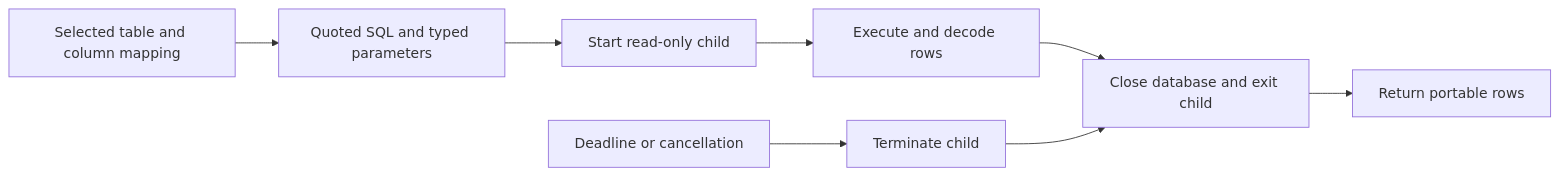
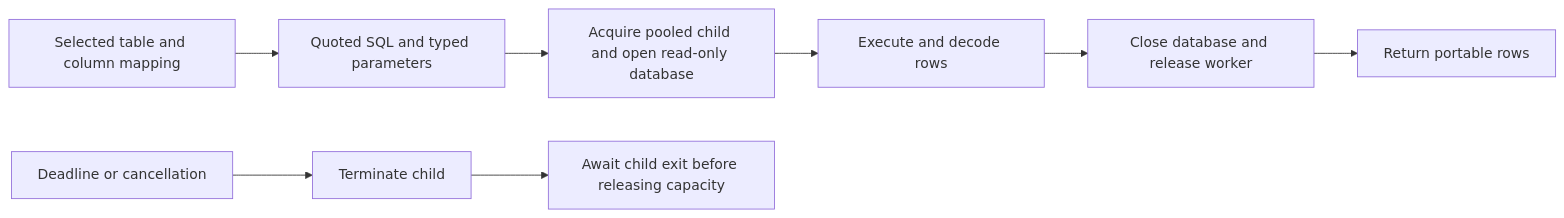
Before and after one commit to relatehq/relate: the diagram in connectors/sqlite/README.md, drawn with Mermaid. The commit also changed other lines of this file and 18 other files, not shown here.

````diff
--- a/connectors/sqlite/README.md
+++ b/connectors/sqlite/README.md
@@ -196,10 +198,10 @@
 ```mermaid
 flowchart LR
   Resource[Selected table and column mapping] --> Plan[Quoted SQL and typed parameters]
-  Plan --> Start[Start read-only child]
+  Plan --> Start[Acquire pooled child and open read-only database]
   Start --> Execute[Execute and decode rows]
-  Execute --> Cleanup[Close database and exit child]
+  Execute --> Cleanup[Close database and release worker]
   Cleanup --> Result[Return portable rows]
   Abort[Deadline or cancellation] --> Kill[Terminate child]
-  Kill --> Cleanup
+  Kill --> Exit[Await child exit before releasing capacity]
 ```
````
